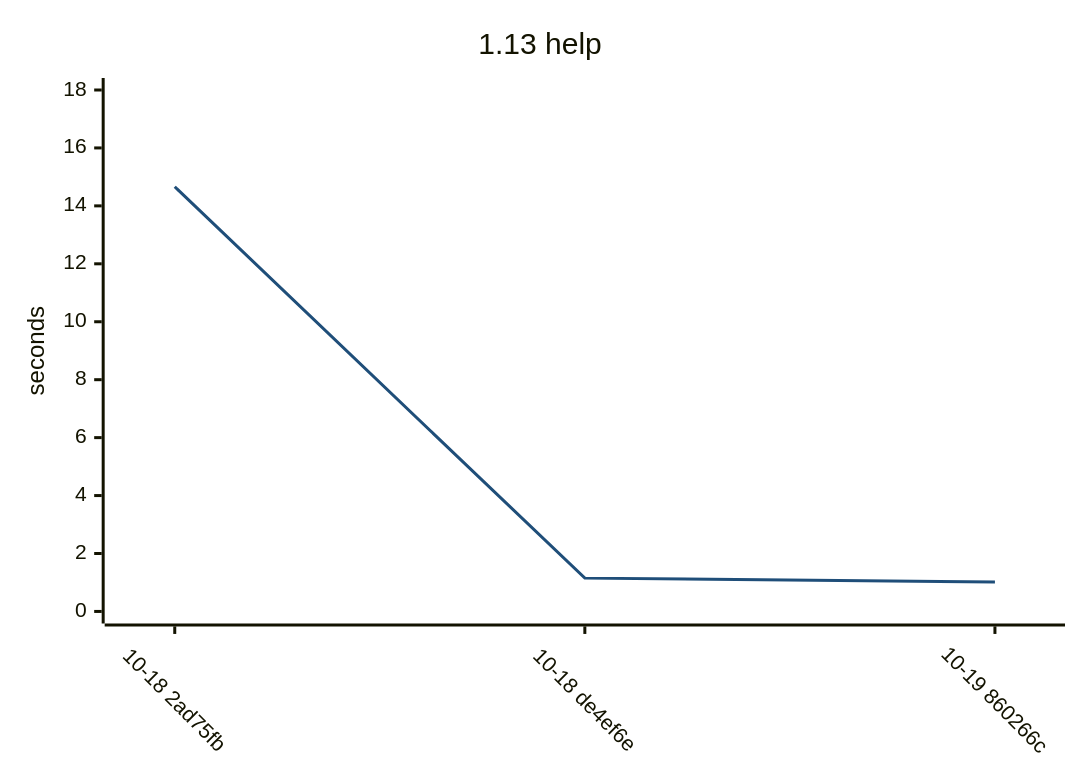
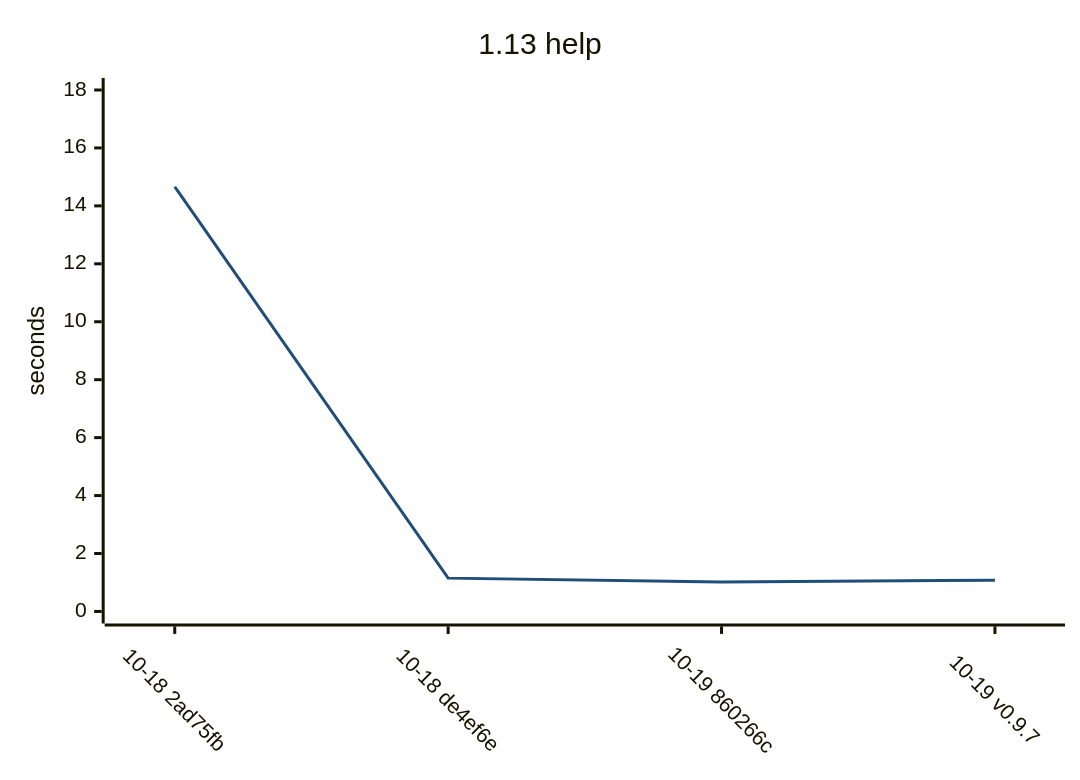
One commit to yamanori99/DistSSHQueue.jl changed the first of 15 diagrams in README.md. Above: the diagram before and after it, drawn with Mermaid. The commit also changed other lines of this file and 1 other file, not shown here.

````diff
--- a/README.md
+++ b/README.md
@@ -23,17 +23,17 @@
 ```mermaid
 ---
 config:
   theme: base
   themeVariables:
     xyChart:
       plotColorPalette: "#1f4e79"
   xyChart:
     xAxis:
       labelRotation: 45
 ---
 xychart-beta
     title "1.13 help"
-    x-axis ["10-18 2ad75fb", "10-18 de4ef6e", "10-19 860266c"]
+    x-axis ["10-18 2ad75fb", "10-18 de4ef6e", "10-19 860266c", "10-19 v0.9.7"]
     y-axis "seconds" 0 --> 18
-    line [14.66, 1.15, 1.02]
+    line [14.66, 1.15, 1.02, 1.08]
 ```
````
